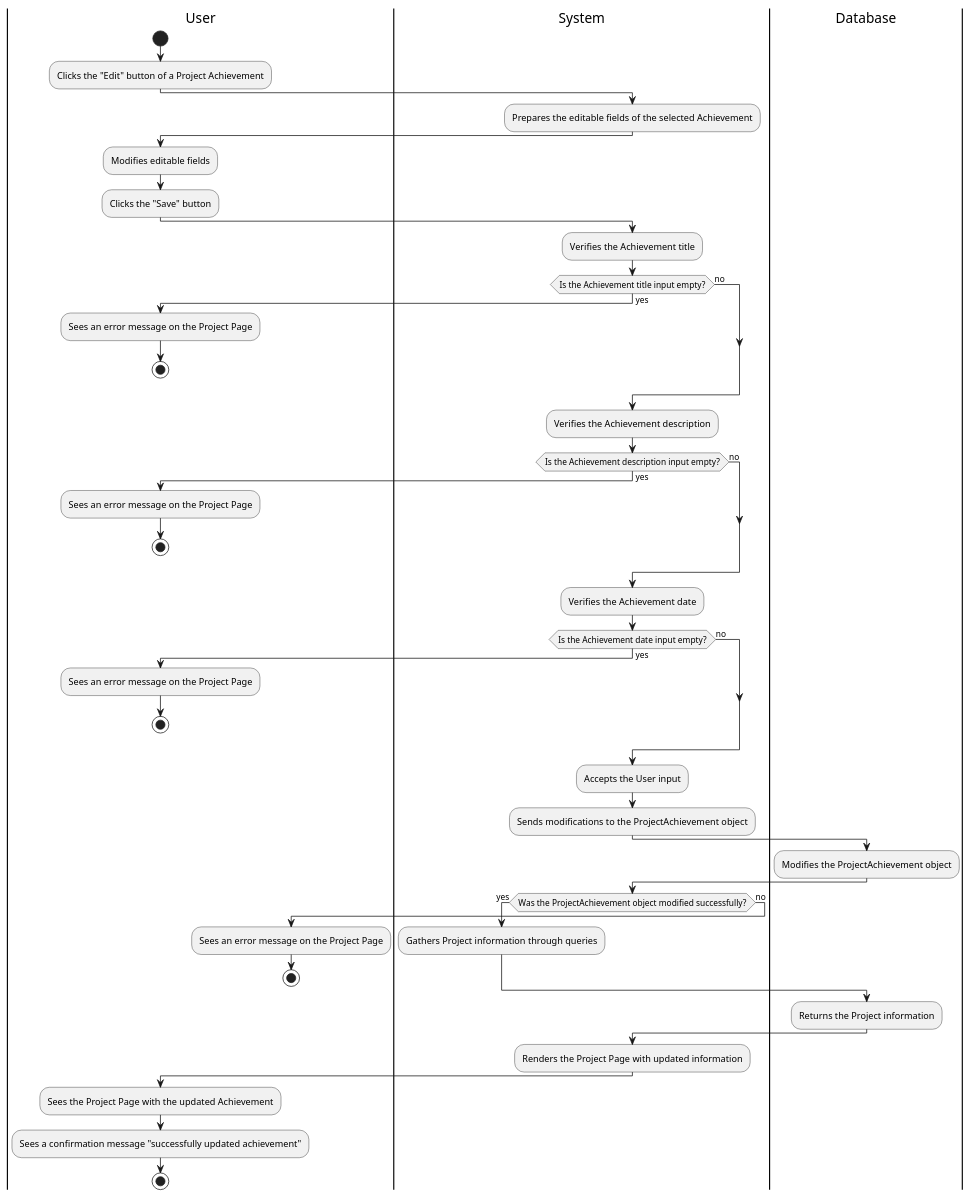
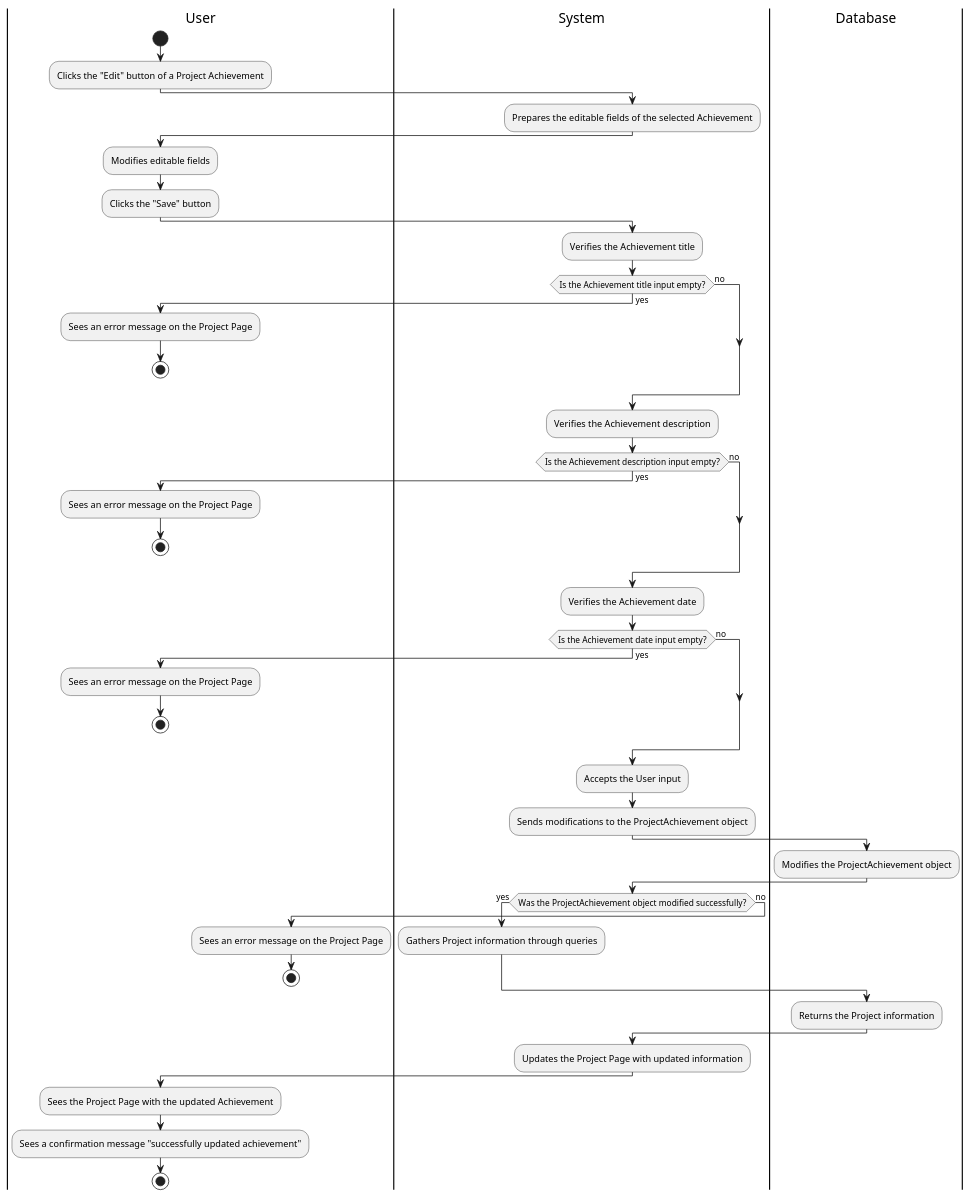
The diagram in documentation/activity_diagrams/PROJ-14-ActivityDiagram.puml (Berthou05/LimboSoftwareDevelopment_Change.org), drawn with PlantUML before and after one commit. The commit also changed 10 other files, not shown here.

```diff
--- a/documentation/activity_diagrams/PROJ-14-ActivityDiagram.puml
+++ b/documentation/activity_diagrams/PROJ-14-ActivityDiagram.puml
@@ -1,69 +1,69 @@
 @startuml
 |User|
 start
 :Clicks the "Edit" button of a Project Achievement;
 
 |System|
 :Prepares the editable fields of the selected Achievement;
 
 |User|
 :Modifies editable fields;
 :Clicks the "Save" button;
 
 |System|
 :Verifies the Achievement title;
 
 if (Is the Achievement title input empty?) then (yes)
     |User|
     :Sees an error message on the Project Page;
     stop
 else (no)
 endif
 
 |System|
 :Verifies the Achievement description;
 
 if (Is the Achievement description input empty?) then (yes)
     |User|
     :Sees an error message on the Project Page;
     stop
 else (no)
 endif
 
 |System|
 :Verifies the Achievement date;
 
 if (Is the Achievement date input empty?) then (yes)
     |User|
     :Sees an error message on the Project Page;
     stop
 else (no)
 endif
 
 |System|
 :Accepts the User input;
 :Sends modifications to the ProjectAchievement object;
 
 |Database|
 :Modifies the ProjectAchievement object;
 
 |System|
 if (Was the ProjectAchievement object modified successfully?) then (yes)
     :Gathers Project information through queries;
 else (no)
     |User|
     :Sees an error message on the Project Page;
     stop
 endif
 
 |Database|
 :Returns the Project information;
 
 |System|
-:Renders the Project Page with updated information;
+:Updates the Project Page with updated information;
 
 |User|
 :Sees the Project Page with the updated Achievement;
 :Sees a confirmation message "successfully updated achievement";
 stop
 @enduml
```
